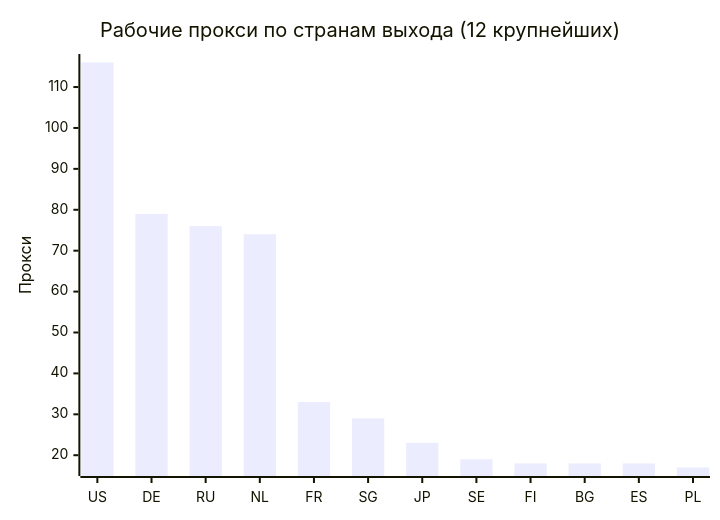
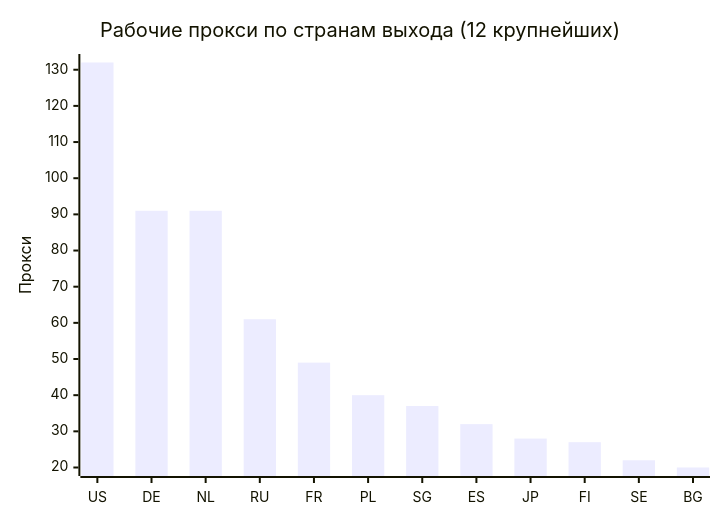
Before and after one commit to rvvg/proxy-subs: the second of 4 diagrams in README.md, drawn with Mermaid. The commit also changed other lines of this file and 44 other files, not shown here.

````diff
--- a/README.md
+++ b/README.md
@@ -124,7 +127,7 @@
 ```mermaid
 xychart-beta
     title "Рабочие прокси по странам выхода (12 крупнейших)"
-    x-axis ["US", "DE", "RU", "NL", "FR", "SG", "JP", "SE", "FI", "BG", "ES", "PL"]
+    x-axis ["US", "DE", "NL", "RU", "FR", "PL", "SG", "ES", "JP", "FI", "SE", "BG"]
     y-axis "Прокси"
-    bar [116, 79, 76, 74, 33, 29, 23, 19, 18, 18, 18, 17]
+    bar [132, 91, 91, 61, 49, 40, 37, 32, 28, 27, 22, 20]
 ```
````
